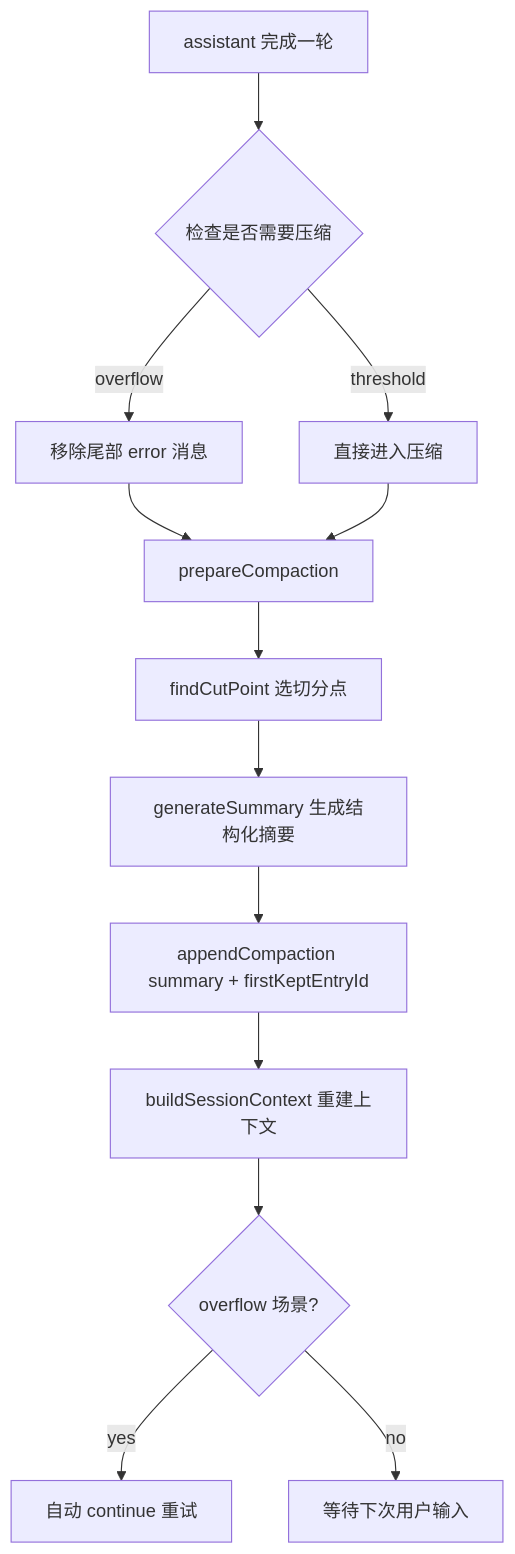
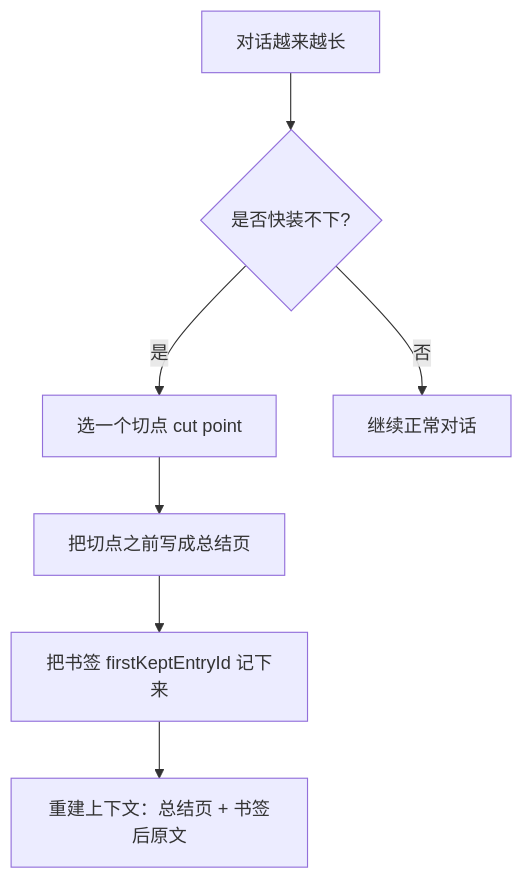
Before and after one commit to parkgogogo/blogs-md: the diagram in docs/clawbot/pi-mono 上下文压缩源码级拆解.md, drawn with Mermaid. The commit also changed other lines of this file, not shown here.

Commit message:
docs: compaction V4.1 simplify concepts and reduce methodology tone

````diff
--- a/docs/clawbot/pi-mono 上下文压缩源码级拆解.md
+++ b/docs/clawbot/pi-mono 上下文压缩源码级拆解.md
@@ -35,15 +33,9 @@
 ```mermaid
 flowchart TD
-  A[assistant 完成一轮] --> B{检查是否需要压缩}
-  B -->|overflow| C[移除尾部 error 消息]
-  B -->|threshold| D[直接进入压缩]
-  C --> E[prepareCompaction]
-  D --> E
-  E --> F[findCutPoint 选切分点]
-  F --> G[generateSummary 生成结构化摘要]
-  G --> H[appendCompaction summary + firstKeptEntryId]
-  H --> I[buildSessionContext 重建上下文]
-  I --> J{overflow 场景?}
-  J -->|yes| K[自动 continue 重试]
-  J -->|no| L[等待下次用户输入]
+  A[对话越来越长] --> B{是否快装不下?}
+  B -->|是| C[选一个切点 cut point]
+  C --> D[把切点之前写成总结页]
+  D --> E[把书签 firstKeptEntryId 记下来]
+  E --> F[重建上下文：总结页 + 书签后原文]
+  B -->|否| G[继续正常对话]
 ```
````
